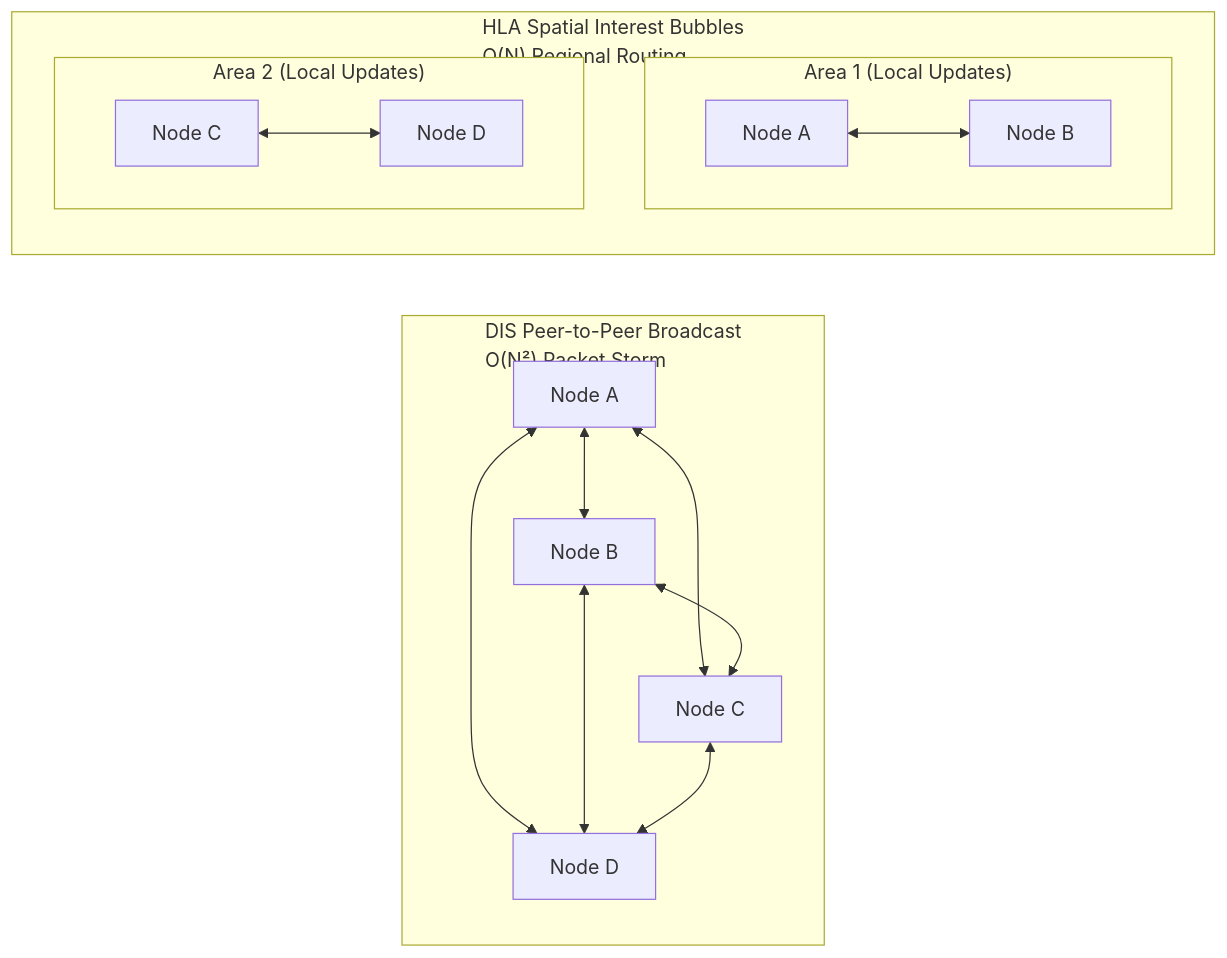
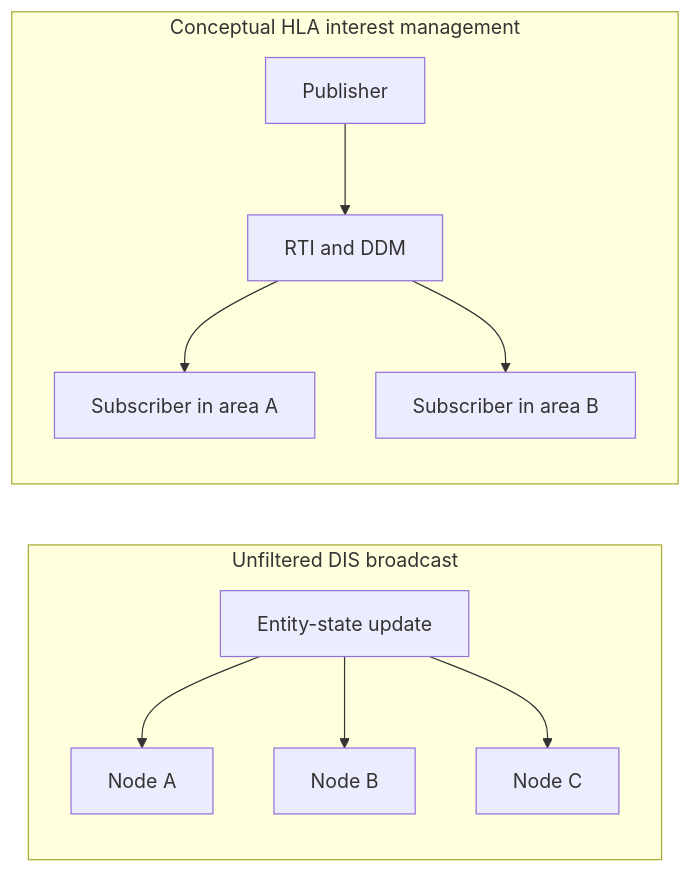
The second of 4 diagrams in src/content/blog/from-text-to-telepresence.md (caraya/astro-blog2), drawn with Mermaid before and after one commit. The commit also changed other lines of this file and 7 other files, not shown here.

````diff
--- a/src/content/blog/from-text-to-telepresence.md
+++ b/src/content/blog/from-text-to-telepresence.md
@@ -235,20 +229,14 @@
 ```mermaid
 flowchart LR
-    subgraph DIS ["DIS Peer-to-Peer Broadcast<br/>O(N²) Packet Storm"]
-        A1["Node A"] <--> B1["Node B"]
-        A1 <--> C1["Node C"]
-        A1 <--> D1["Node D"]
-        B1 <--> C1["Node C"]
-        B1 <--> D1["Node D"]
-        C1 <--> D1["Node D"]
+    subgraph DIS["Unfiltered DIS broadcast"]
+        EntityUpdate["Entity-state update"] --> NodeA["Node A"]
+        EntityUpdate --> NodeB["Node B"]
+        EntityUpdate --> NodeC["Node C"]
     end
 
-    subgraph HLA ["HLA Spatial Interest Bubbles<br/>O(N) Regional Routing"]
-        subgraph Area1 ["Area 1 (Local Updates)"]
-            A2["Node A"] <--> B2["Node B"]
-        end
-        subgraph Area2 ["Area 2 (Local Updates)"]
-            C2["Node C"] <--> D2["Node D"]
-        end
+    subgraph HLA["Conceptual HLA interest management"]
+        Publisher["Publisher"] --> RTI["RTI and DDM"]
+        RTI --> SubscriberA["Subscriber in area A"]
+        RTI --> SubscriberB["Subscriber in area B"]
     end
 ```
````
